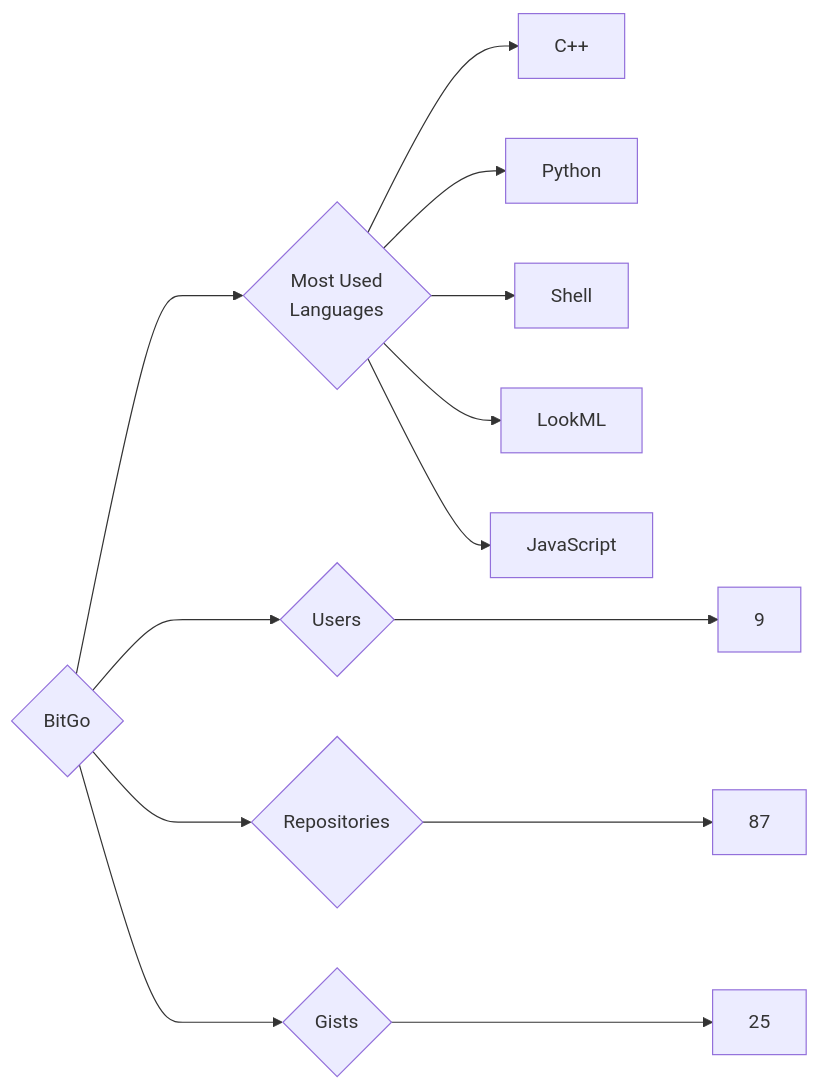
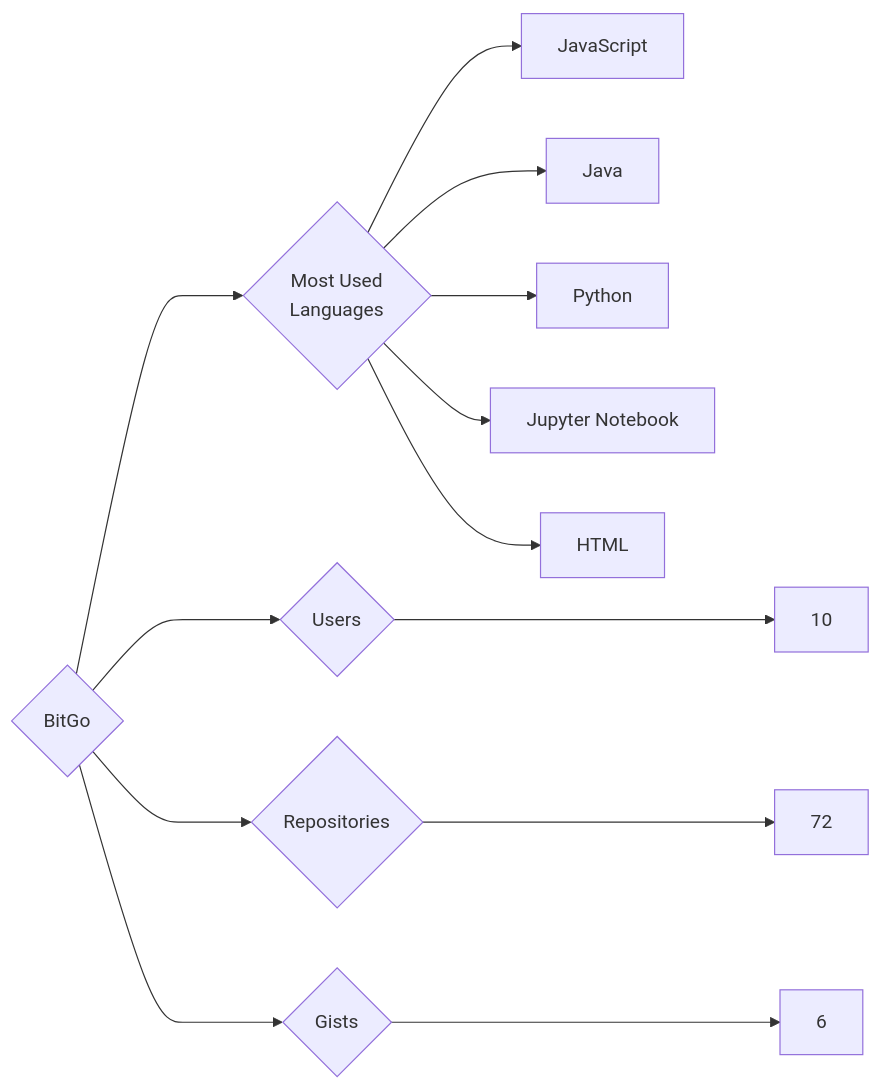
One commit to trickest/insiders changed the diagram in targets/BitGo/README.md. Above: the diagram before and after it, drawn with Mermaid. The commit also changed 912 other files, not shown here.

````diff
--- a/targets/BitGo/README.md
+++ b/targets/BitGo/README.md
@@ -3,13 +3,13 @@
 ```mermaid
 graph LR
 COMPANY_NAME{BitGo}
-COMPANY_NAME ---> U{Users} ---> UN[9]
-COMPANY_NAME ---> R{Repositories} ---> RN[87]
-COMPANY_NAME ---> G{Gists} ---> GN[25]
+COMPANY_NAME ---> U{Users} ---> UN[10]
+COMPANY_NAME ---> R{Repositories} ---> RN[72]
+COMPANY_NAME ---> G{Gists} ---> GN[6]
 COMPANY_NAME ---> ML{Most Used<br>Languages}
-ML --> C++[C++]
+ML --> JavaScript[JavaScript]
+ML --> Java[Java]
 ML --> Python[Python]
-ML --> Shell[Shell]
-ML --> LookML[LookML]
-ML --> JavaScript[JavaScript]
+ML --> Jupyter_Notebook[Jupyter Notebook]
+ML --> HTML[HTML]
 ```
````
